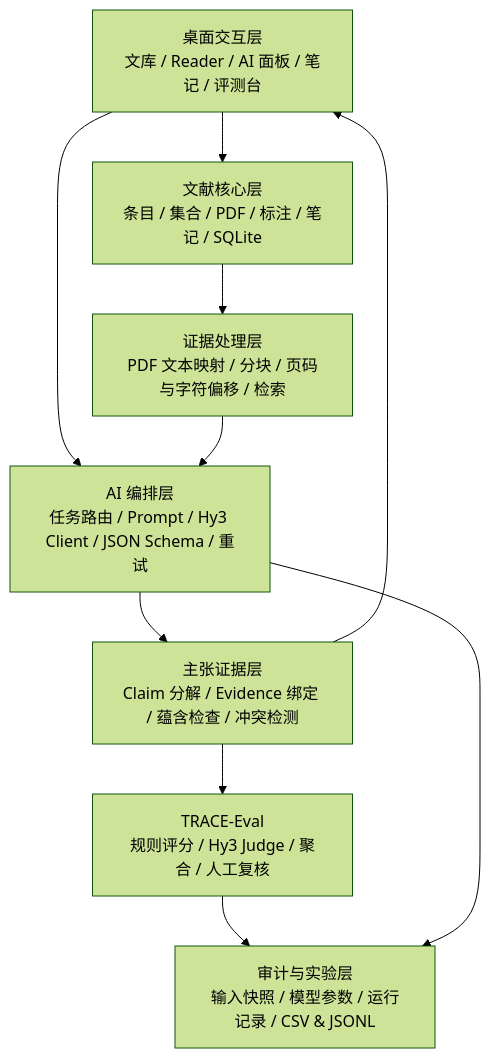
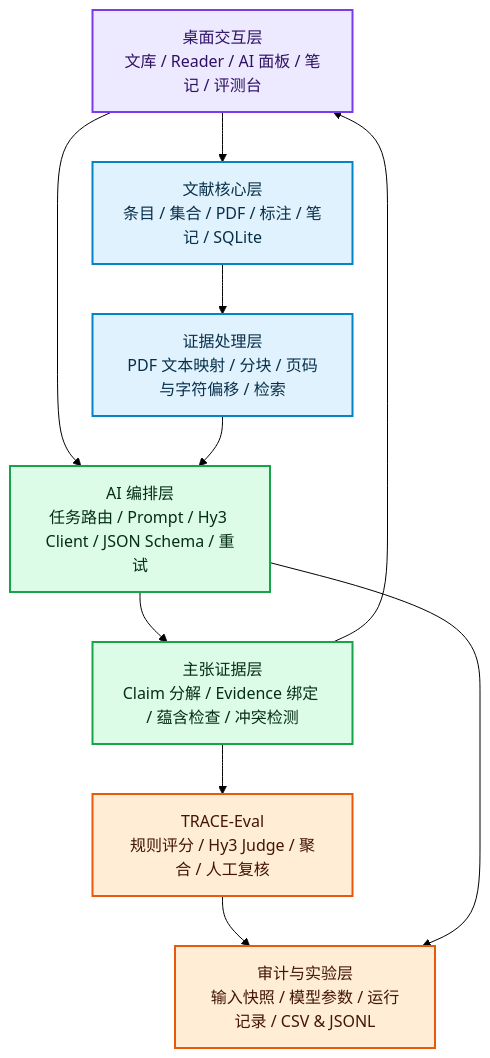
Before and after one commit to user-A100/Library: the second of 4 diagrams in docs/2026-08-27_project-1_solution.md, drawn with Mermaid (forest theme). The commit also changed other lines of this file and 1 other file, not shown here.

````diff
--- a/docs/2026-08-27_project-1_solution.md
+++ b/docs/2026-08-27_project-1_solution.md
@@ -99,20 +145,29 @@
 ```mermaid
 flowchart TB
     UI[桌面交互层\n文库 / Reader / AI 面板 / 笔记 / 评测台]
     CORE[文献核心层\n条目 / 集合 / PDF / 标注 / 笔记 / SQLite]
     DOC[证据处理层\nPDF 文本映射 / 分块 / 页码与字符偏移 / 检索]
     ORCH[AI 编排层\n任务路由 / Prompt / Hy3 Client / JSON Schema / 重试]
     CLAIM[主张证据层\nClaim 分解 / Evidence 绑定 / 蕴含检查 / 冲突检测]
     EVAL[TRACE-Eval\n规则评分 / Hy3 Judge / 聚合 / 人工复核]
     AUDIT[审计与实验层\n输入快照 / 模型参数 / 运行记录 / CSV & JSONL]
 
     UI --> CORE
     UI --> ORCH
     CORE --> DOC
     DOC --> ORCH
     ORCH --> CLAIM
     CLAIM --> UI
     CLAIM --> EVAL
     EVAL --> AUDIT
     ORCH --> AUDIT
+
+    classDef ui fill:#ede9fe,stroke:#7c3aed,color:#2e1065,stroke-width:2px;
+    classDef core fill:#e0f2fe,stroke:#0284c7,color:#082f49,stroke-width:2px;
+    classDef ai fill:#dcfce7,stroke:#16a34a,color:#052e16,stroke-width:2px;
+    classDef eval fill:#ffedd5,stroke:#ea580c,color:#431407,stroke-width:2px;
+    class UI ui;
+    class CORE,DOC core;
+    class ORCH,CLAIM ai;
+    class EVAL,AUDIT eval;
 ```
````
